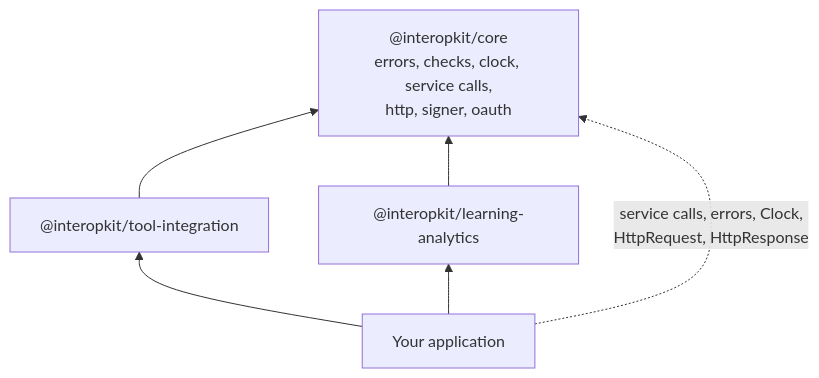
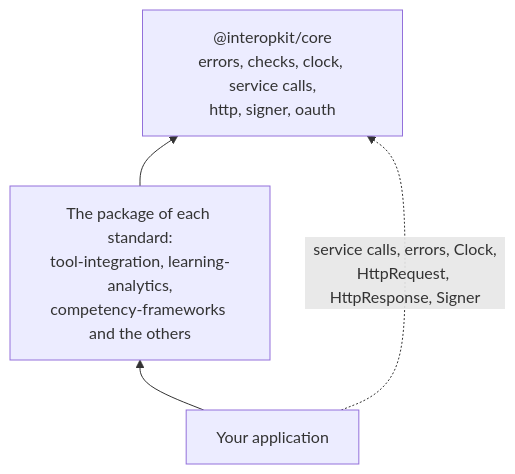
One commit to interopkit/interopkit changed the diagram in packages/core/README.md. Above: the diagram before and after it, drawn with Mermaid. The commit also changed other lines of this file and 1 other file, not shown here.

First line of the commit message:
List every export of core in its README and its npm description

````diff
--- a/packages/core/README.md
+++ b/packages/core/README.md
@@ -9,9 +10,7 @@
 ```mermaid
 flowchart BT
   core["@interopkit/core<br/>errors, checks, clock, service calls,<br/>http, signer, oauth"]
-  tool["@interopkit/tool-integration"] --> core
-  analytics["@interopkit/learning-analytics"] --> core
-  host["Your application"] --> tool
-  host --> analytics
-  host -.->|"service calls, errors, Clock,<br/>HttpRequest, HttpResponse"| core
+  standards["The package of each standard:<br/>tool-integration, learning-analytics,<br/>competency-frameworks and the others"] --> core
+  host["Your application"] --> standards
+  host -.->|"service calls, errors, Clock,<br/>HttpRequest, HttpResponse, Signer"| core
 ```
````
